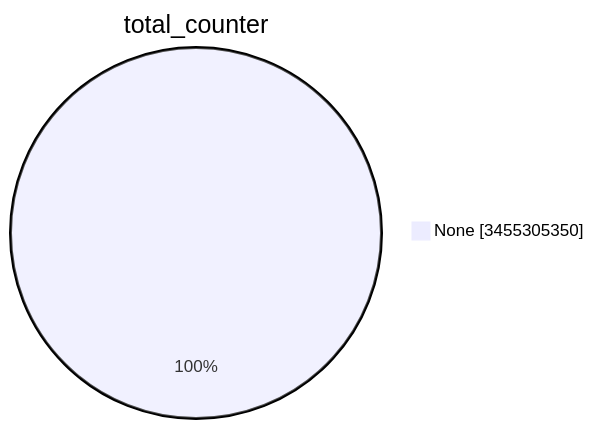
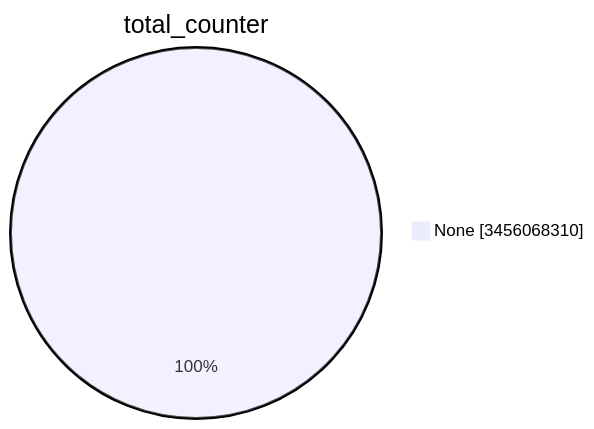
Before and after one commit to christiankrug/ctmonitor_visualization: the first of 15 diagrams in TOTAL/README.md, drawn with Mermaid. The commit also changed other lines of this file, not shown here.

````diff
--- a/TOTAL/README.md
+++ b/TOTAL/README.md
@@ -1,5 +1,5 @@
 ```mermaid
 pie showData
 title total_counter
-"None" :3455305350
+"None" :3456068310
 ```
````
